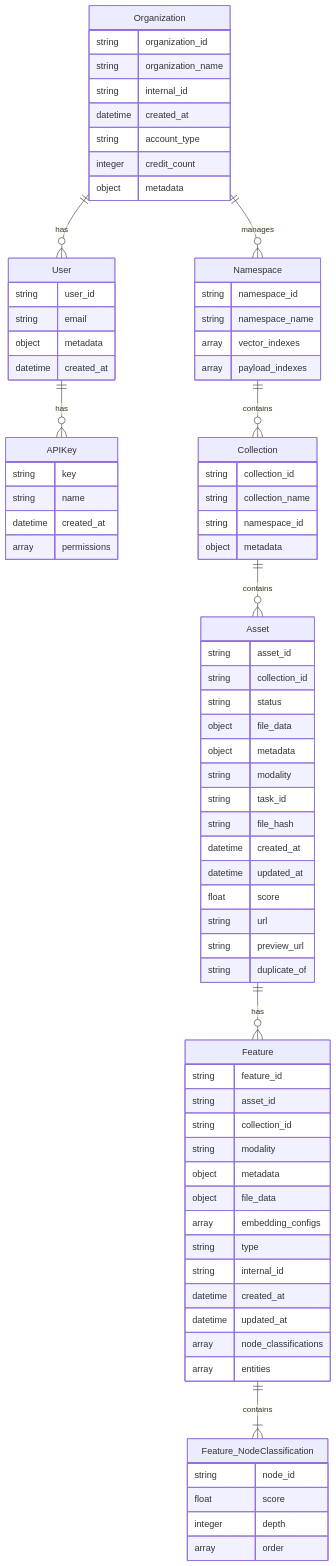
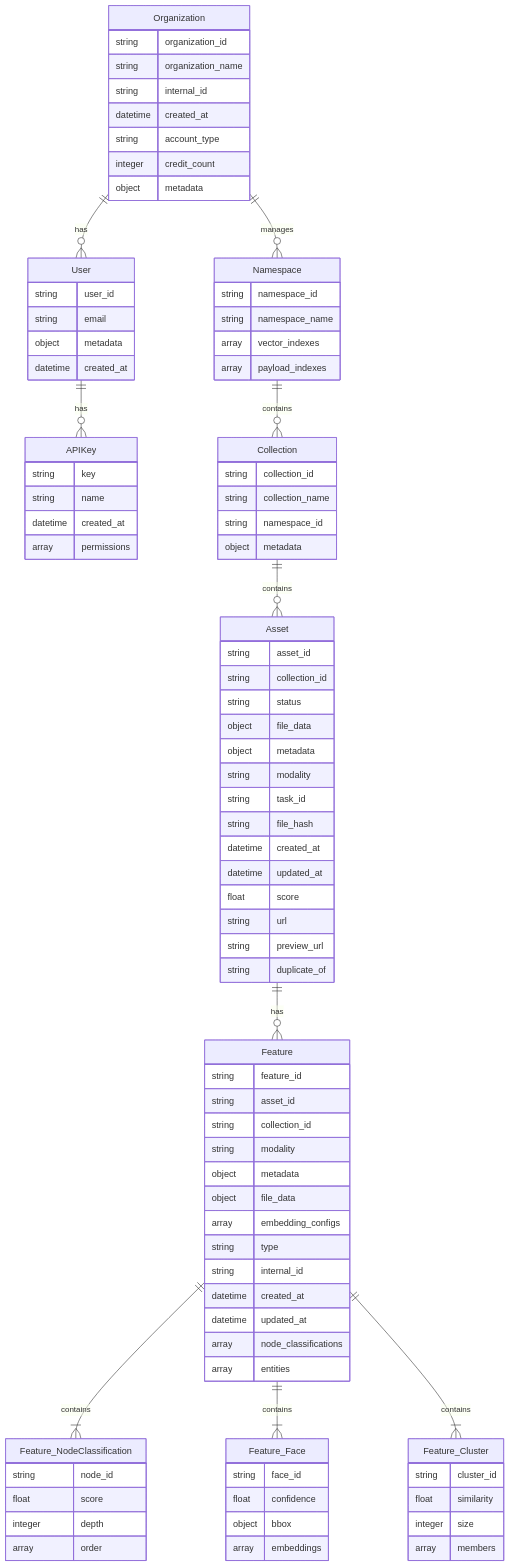
The diagram in concepts/overview.mdx (mixpeek/docs), drawn with Mermaid before and after one commit.

Commit message:
no message

````diff
--- a/concepts/overview.mdx
+++ b/concepts/overview.mdx
@@ -118,5 +118,19 @@
         integer depth
         array order
     }
+    Feature_Face {
+        string face_id
+        float confidence
+        object bbox
+        array embeddings
+    }
+    Feature_Cluster {
+        string cluster_id
+        float similarity
+        integer size
+        array members
+    }
     Feature ||--|{ Feature_NodeClassification : contains
+    Feature ||--|{ Feature_Face : contains
+    Feature ||--|{ Feature_Cluster : contains
 ```
````
